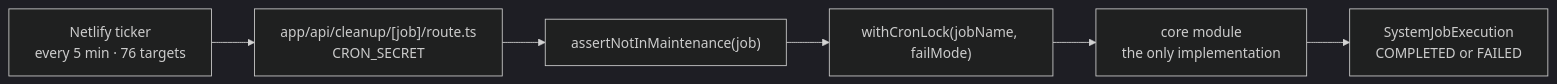
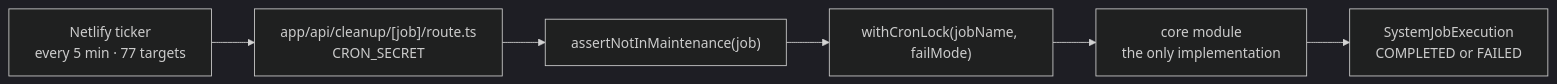
One commit to Practitionist/familiarise_web changed the second of 2 diagrams in docs/start-here/04-platform-architecture.md. Above: the diagram before and after it, drawn with Mermaid (dark theme). The commit also changed other lines of this file and 21 other files, not shown here.

````diff
--- a/docs/start-here/04-platform-architecture.md
+++ b/docs/start-here/04-platform-architecture.md
@@ -133,8 +133,8 @@
 ```mermaid
 flowchart LR
-    S1["Netlify ticker<br/>every 5 min · 76 targets"] --> R
+    S1["Netlify ticker<br/>every 5 min · 77 targets"] --> R
     R["app/api/cleanup/[job]/route.ts<br/>CRON_SECRET"] --> G["assertNotInMaintenance(job)"]
     G --> L["withCronLock(jobName, failMode)"]
     L --> C["core module<br/>the only implementation"]
     C --> S["SystemJobExecution<br/>COMPLETED or FAILED"]
 ```
````
